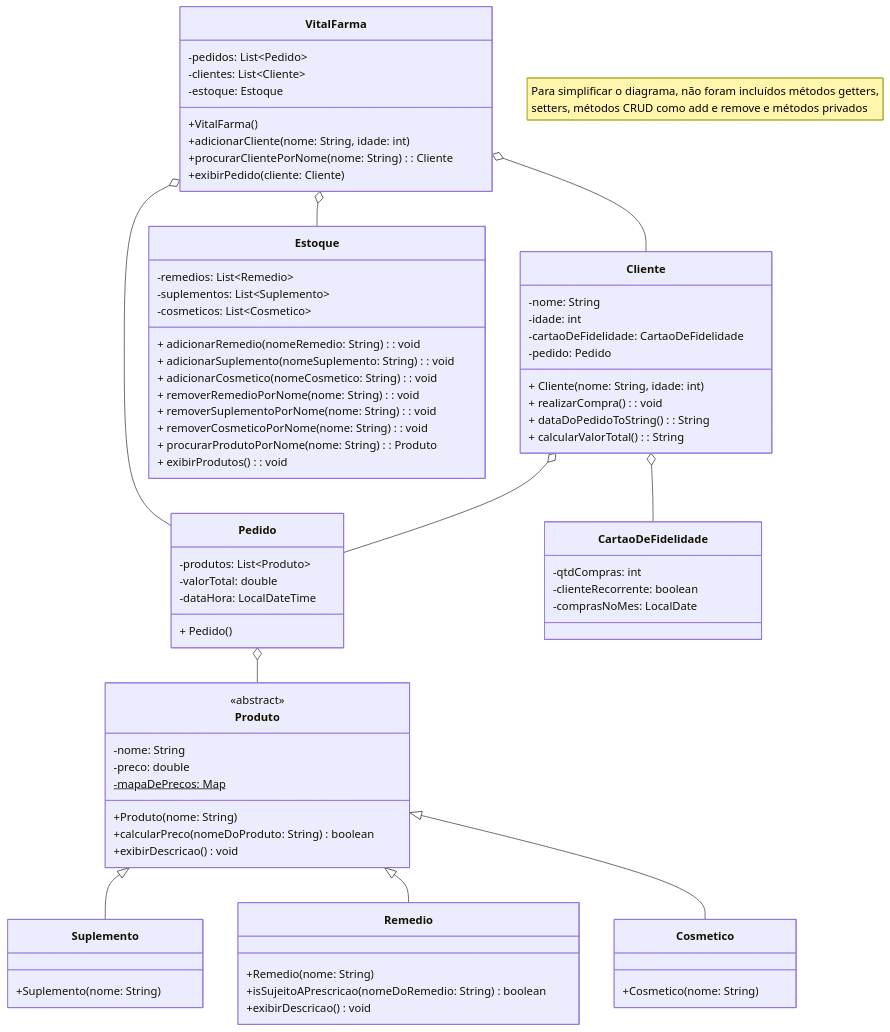
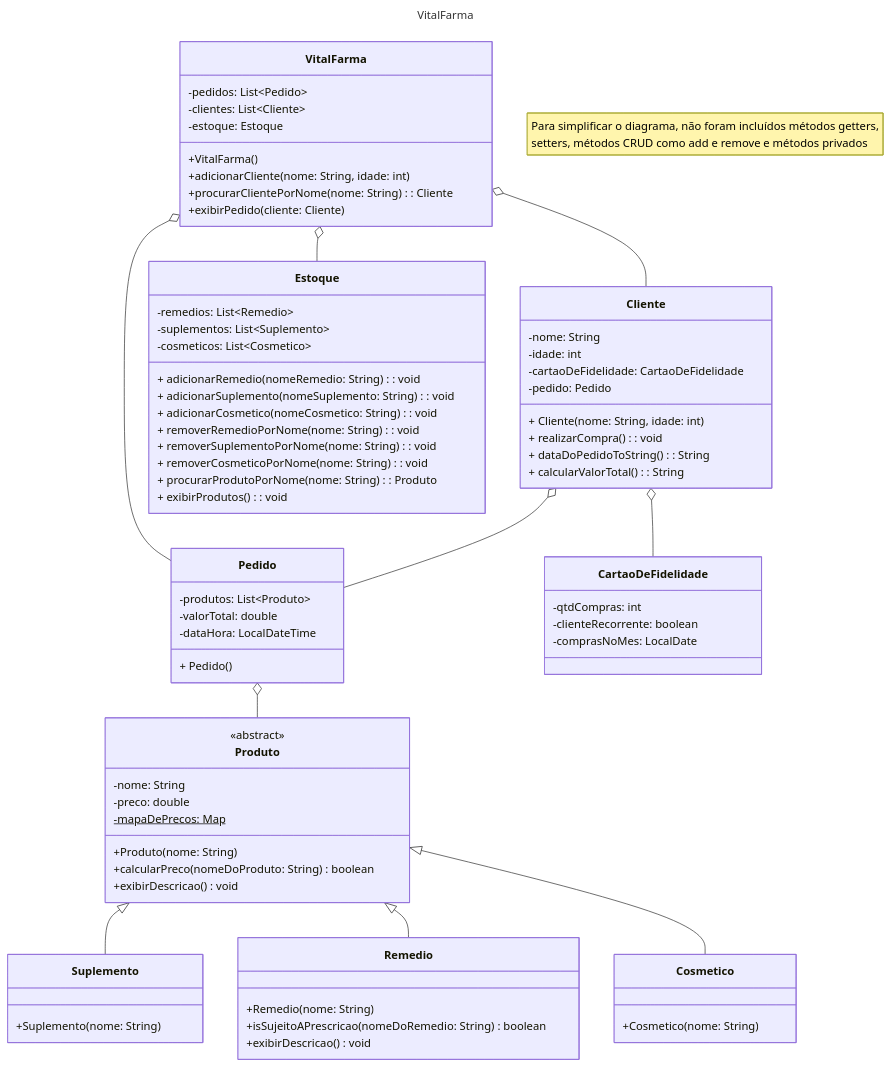
The diagram in README.md (andrehsvictor/vitalfarma), drawn with Mermaid before and after one commit.

````diff
--- a/README.md
+++ b/README.md
@@ -20,6 +20,6 @@
 ```mermaid
 ---
-title:
+title: VitalFarma
 ---
 classDiagram
     note "Para simplificar o diagrama, não foram incluídos métodos getters,
````
